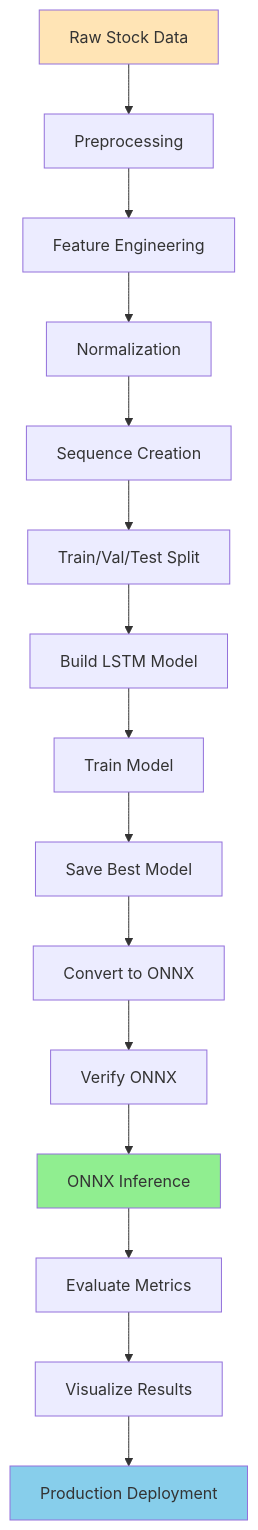
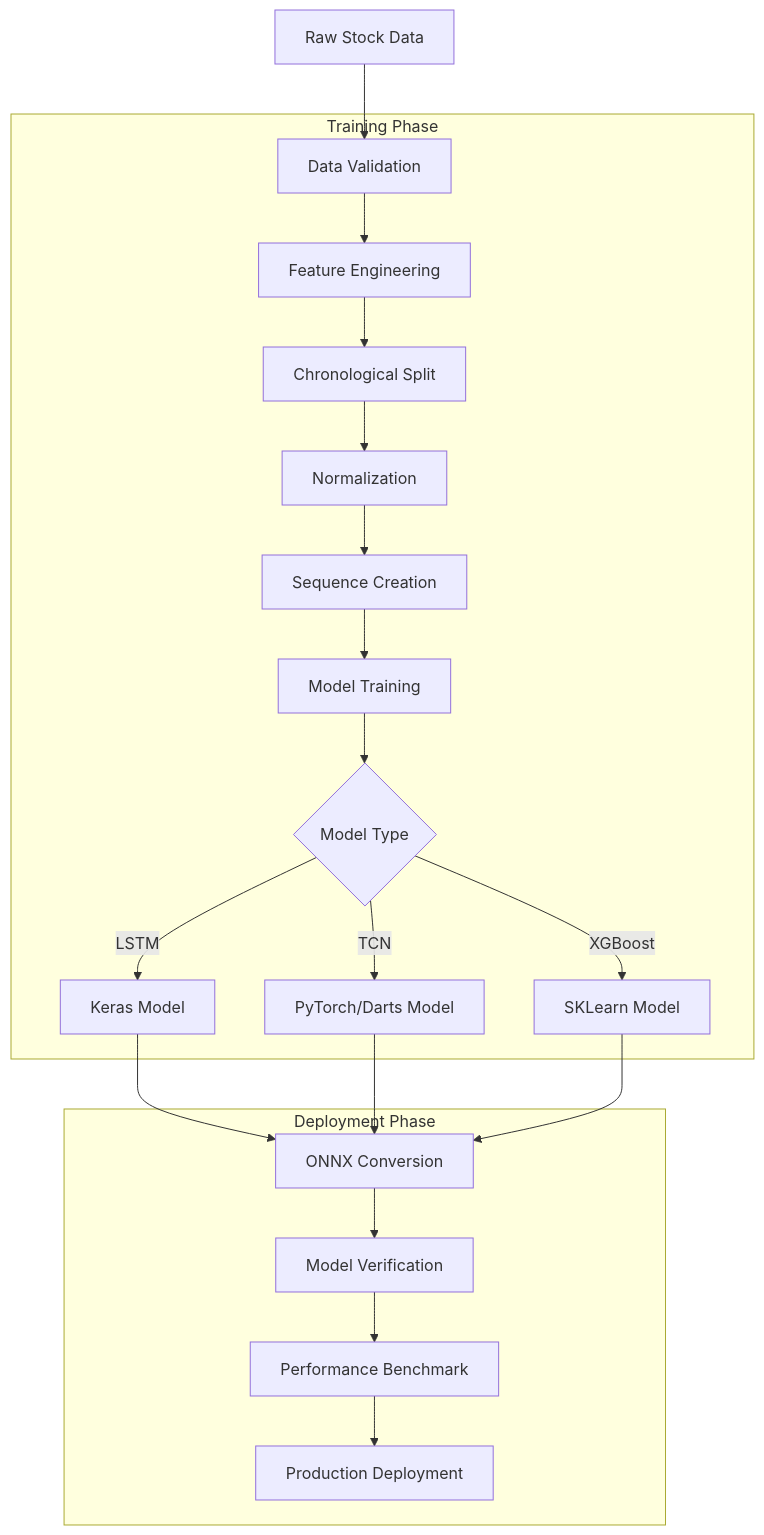
The diagram in class_project/MSML610/Fall2025/Projects/UmdTask55_Fall2025_ONNX_Time_Series_Forecasting_of_Stock_Prices/onnx_forecasting.example.md (gpsaggese/gpsaggese.github.io), drawn with Mermaid before and after one commit. The commit also changed other lines of this file and 31 other files, not shown here.

````diff
--- a/class_project/MSML610/Fall2025/Projects/UmdTask55_Fall2025_ONNX_Time_Series_Forecasting_of_Stock_Prices/onnx_forecasting.example.md
+++ b/class_project/MSML610/Fall2025/Projects/UmdTask55_Fall2025_ONNX_Time_Series_Forecasting_of_Stock_Prices/onnx_forecasting.example.md
@@ -404,25 +18,39 @@
 ```mermaid
-graph TB
-    A[Raw Stock Data] --> B[Preprocessing]
+flowchart TD
+    A[Raw Stock Data] --> B[Data Validation]
     B --> C[Feature Engineering]
-    C --> D[Normalization]
-    D --> E[Sequence Creation]
-    E --> F[Train/Val/Test Split]
-
-    F --> G[Build LSTM Model]
-    G --> H[Train Model]
-    H --> I[Save Best Model]
-
-    I --> J[Convert to ONNX]
-    J --> K[Verify ONNX]
-    K --> L[ONNX Inference]
-
-    L --> M[Evaluate Metrics]
-    M --> N[Visualize Results]
-
+    C --> D[Chronological Split]
+    D --> E[Normalization]
+    E --> F[Sequence Creation]
+    F --> G[Model Training]
+    G --> H{Model Type}
+    H -->|LSTM| I[Keras Model]
+    H -->|TCN| J[PyTorch/Darts Model]
+    H -->|XGBoost| K[SKLearn Model]
+    I --> L[ONNX Conversion]
+    J --> L
+    K --> L
+    L --> M[Model Verification]
+    M --> N[Performance Benchmark]
     N --> O[Production Deployment]
 
-    style A fill:#FFE4B5
-    style O fill:#87CEEB
-    style L fill:#90EE90
+    subgraph "Training Phase"
+    B
+    C
+    D
+    E
+    F
+    G
+    H
+    I
+    J
+    K
+    end
+
+    subgraph "Deployment Phase"
+    L
+    M
+    N
+    O
+    end
 ```
````
